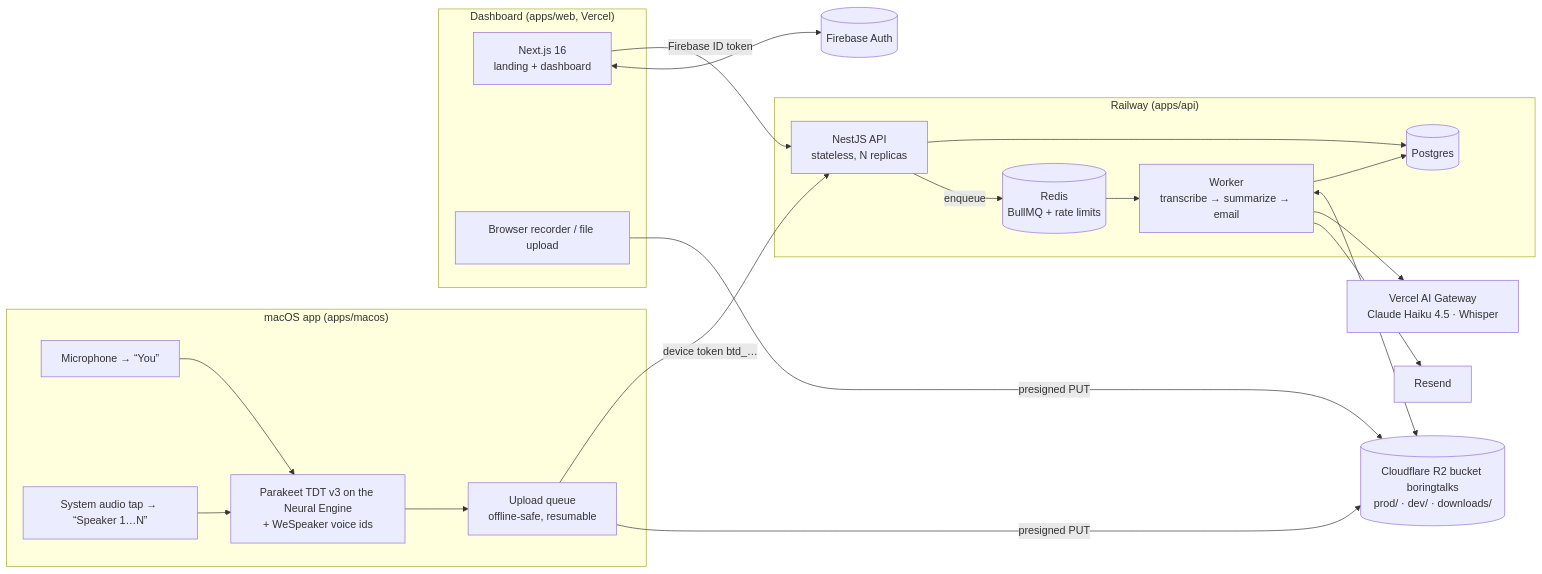
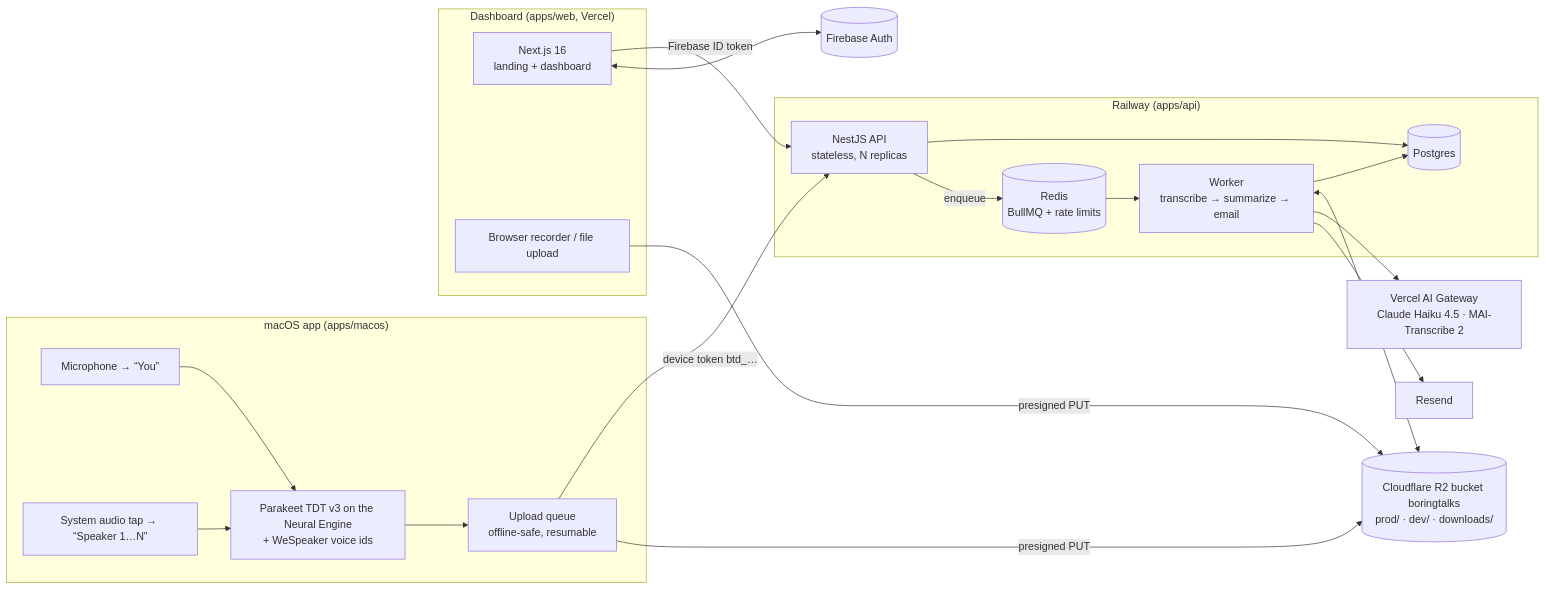
One commit to jfkz/fireflies-tech-challenge changed the first of 2 diagrams in docs/ARCHITECTURE.md. Above: the diagram before and after it, drawn with Mermaid. The commit also changed other lines of this file and 69 other files, not shown here.

````diff
--- a/docs/ARCHITECTURE.md
+++ b/docs/ARCHITECTURE.md
@@ -6,43 +6,43 @@
 ```mermaid
 flowchart LR
   subgraph Mac["macOS app (apps/macos)"]
     mic[Microphone → “You”]
     sys[System audio tap → “Speaker 1…N”]
     asr[Parakeet TDT v3 on the Neural Engine<br/>+ WeSpeaker voice ids]
     q[Upload queue<br/>offline-safe, resumable]
     mic --> asr
     sys --> asr
     asr --> q
   end
 
   subgraph Web["Dashboard (apps/web, Vercel)"]
     ui[Next.js 16<br/>landing + dashboard]
     rec[Browser recorder / file upload]
   end
 
   fb[(Firebase Auth)]
   r2[(Cloudflare R2 bucket boringtalks<br/>prod/ · dev/ · downloads/)]
 
   subgraph Railway["Railway (apps/api)"]
     api[NestJS API<br/>stateless, N replicas]
     pg[(Postgres)]
     redis[(Redis<br/>BullMQ + rate limits)]
     worker[Worker<br/>transcribe → summarize → email]
   end
 
-  gw[Vercel AI Gateway<br/>Claude Haiku 4.5 · Whisper]
+  gw[Vercel AI Gateway<br/>Claude Haiku 4.5 · MAI-Transcribe 2]
   resend[Resend]
 
   ui -- Firebase ID token --> api
   ui <--> fb
   q -- device token btd_… --> api
   q -- presigned PUT --> r2
   rec -- presigned PUT --> r2
   api --> pg
   api -- enqueue --> redis
   redis --> worker
   worker --> pg
   worker <--> r2
   worker --> gw
   worker --> resend
 ```
````
